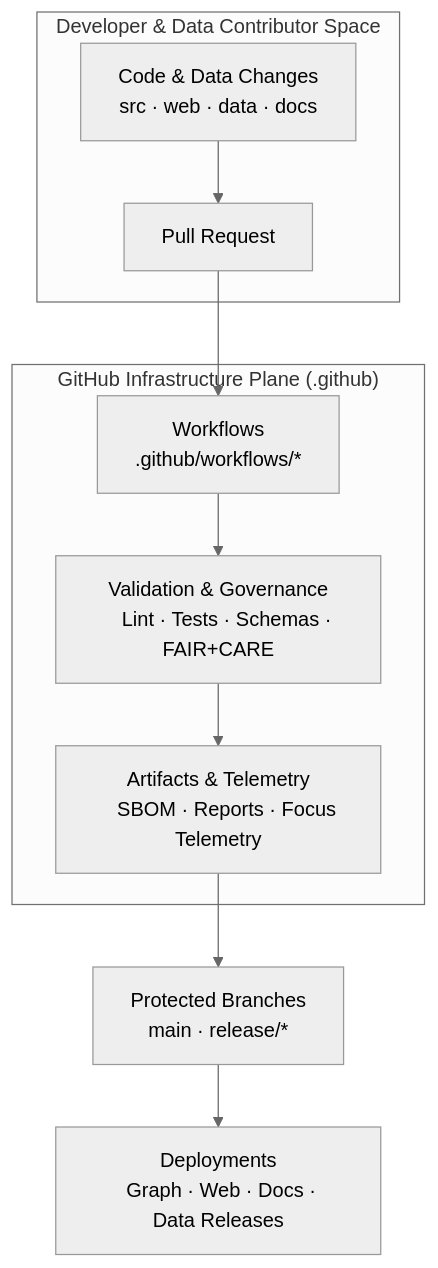
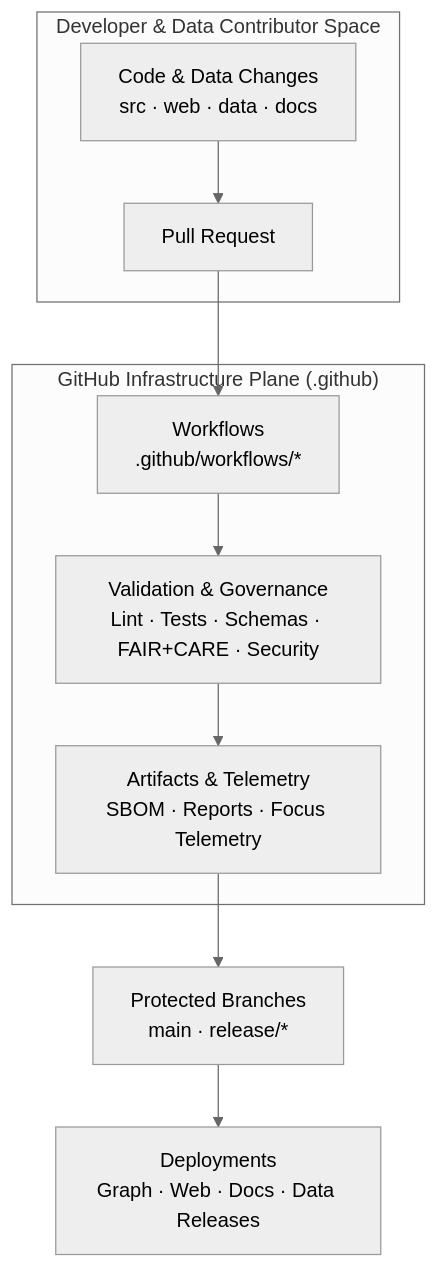
The diagram in .github/README.md (bartytime4life/Kansas-Frontier-Matrix), drawn with Mermaid (neutral theme) before and after one commit. The commit also changed other lines of this file, not shown here.

````diff
--- a/.github/README.md
+++ b/.github/README.md
@@ -164,21 +152,15 @@
 ```mermaid
 flowchart TB
   subgraph Dev ["Developer & Data Contributor Space"]
-    A["Code & Data Changes
-    src · web · data · docs"] --> B["Pull Request"]
+    A["Code & Data Changes<br/>src · web · data · docs"] --> B["Pull Request"]
   end
 
   subgraph Hub ["GitHub Infrastructure Plane (.github)"]
-    B --> C["Workflows
-    .github/workflows/*"]
-    C --> D["Validation & Governance
-    Lint · Tests · Schemas · FAIR+CARE"]
-    D --> E["Artifacts & Telemetry
-    SBOM · Reports · Focus Telemetry"]
+    B --> C["Workflows<br/>.github/workflows/*"]
+    C --> D["Validation & Governance<br/>Lint · Tests · Schemas · FAIR+CARE · Security"]
+    D --> E["Artifacts & Telemetry<br/>SBOM · Reports · Focus Telemetry"]
   end
 
-  E --> F["Protected Branches
-  main · release/*"]
-  F --> G["Deployments
-  Graph · Web · Docs · Data Releases"]
+  E --> F["Protected Branches<br/>main · release/*"]
+  F --> G["Deployments<br/>Graph · Web · Docs · Data Releases"]
 ```
````
